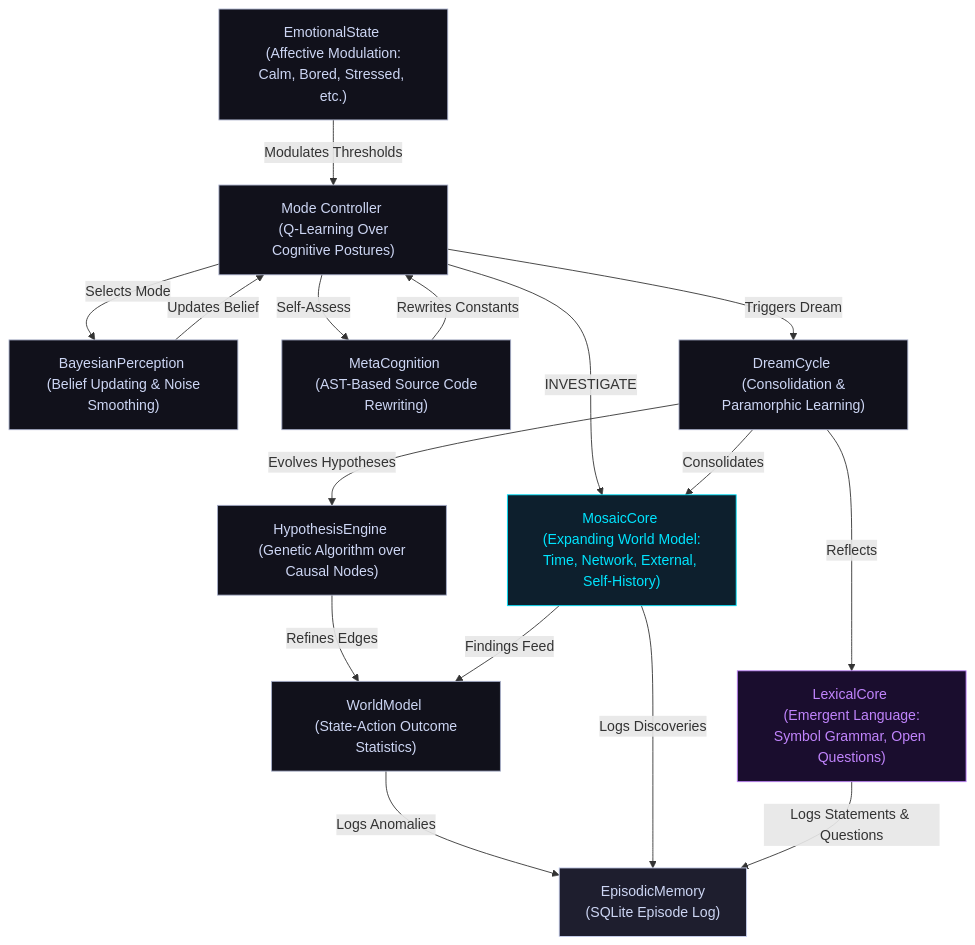
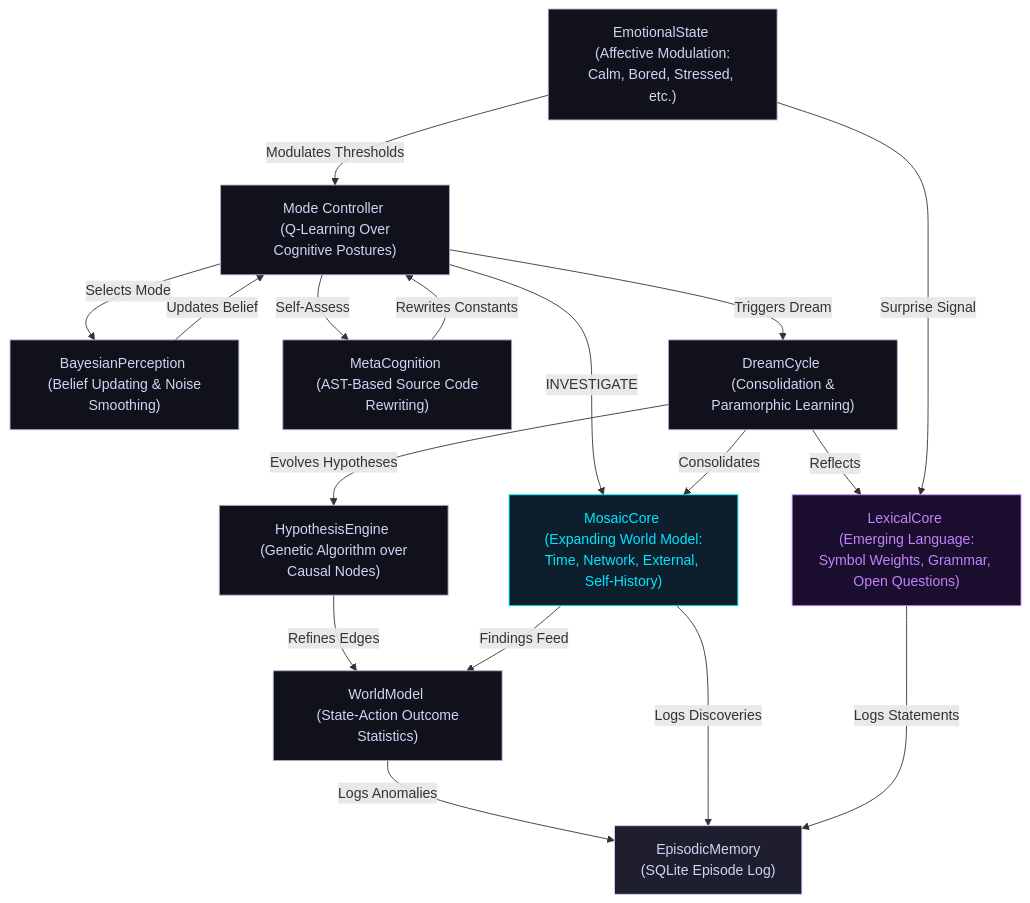
The diagram in README.md (mematron/Arminta), drawn with Mermaid before and after one commit. The commit also changed other lines of this file, not shown here.

First line of the commit message:
Revise README for LexicalCore and related sections

````diff
--- a/README.md
+++ b/README.md
@@ -76,36 +76,37 @@
 ```mermaid
 graph TD
     %% Styling Configuration
     classDef default fill:#11111b,stroke:#a6adc8,stroke-width:1px,color:#cdd6f4;
     classDef memory fill:#1e1e2e,stroke:#cdd6f4,stroke-width:1px,color:#cdd6f4;
     classDef mosaic fill:#0d1f2d,stroke:#00e5ff,stroke-width:1px,color:#00e5ff;
     classDef lexical fill:#1a0d2e,stroke:#c084fc,stroke-width:1px,color:#c084fc;
 
     ModeController["Mode Controller <br/> (Q-Learning Over Cognitive Postures)"]
     EpisodicMemory["EpisodicMemory <br/> (SQLite Episode Log)"]:::memory
     BayesianPerception["BayesianPerception <br/> (Belief Updating & Noise Smoothing)"]
     WorldModel["WorldModel <br/> (State-Action Outcome Statistics)"]
     EmotionalState["EmotionalState <br/> (Affective Modulation: Calm, Bored, Stressed, etc.)"]
     HypothesisEngine["HypothesisEngine <br/> (Genetic Algorithm over Causal Nodes)"]
     MetaCognition["MetaCognition <br/> (AST-Based Source Code Rewriting)"]
     DreamCycle["DreamCycle <br/> (Consolidation & Paramorphic Learning)"]
     MosaicCore["MosaicCore <br/> (Expanding World Model: Time, Network, External, Self-History)"]:::mosaic
-    LexicalCore["LexicalCore <br/> (Emergent Language: Symbol Grammar, Open Questions)"]:::lexical
+    LexicalCore["LexicalCore <br/> (Emerging Language: Symbol Weights, Grammar, Open Questions)"]:::lexical
 
     %% Interconnections
     ModeController -->|Selects Mode| BayesianPerception
     BayesianPerception -->|Updates Belief| ModeController
     EmotionalState -->|Modulates Thresholds| ModeController
     ModeController -->|Triggers Dream| DreamCycle
     DreamCycle -->|Evolves Hypotheses| HypothesisEngine
     HypothesisEngine -->|Refines Edges| WorldModel
     WorldModel -->|Logs Anomalies| EpisodicMemory
     ModeController -->|Self-Assess| MetaCognition
     MetaCognition -->|Rewrites Constants| ModeController
     ModeController -->|INVESTIGATE| MosaicCore
     MosaicCore -->|Logs Discoveries| EpisodicMemory
     MosaicCore -->|Findings Feed| WorldModel
     DreamCycle -->|Consolidates| MosaicCore
     DreamCycle -->|Reflects| LexicalCore
-    LexicalCore -->|Logs Statements & Questions| EpisodicMemory
+    LexicalCore -->|Logs Statements| EpisodicMemory
+    EmotionalState -->|Surprise Signal| LexicalCore
 ```
````
